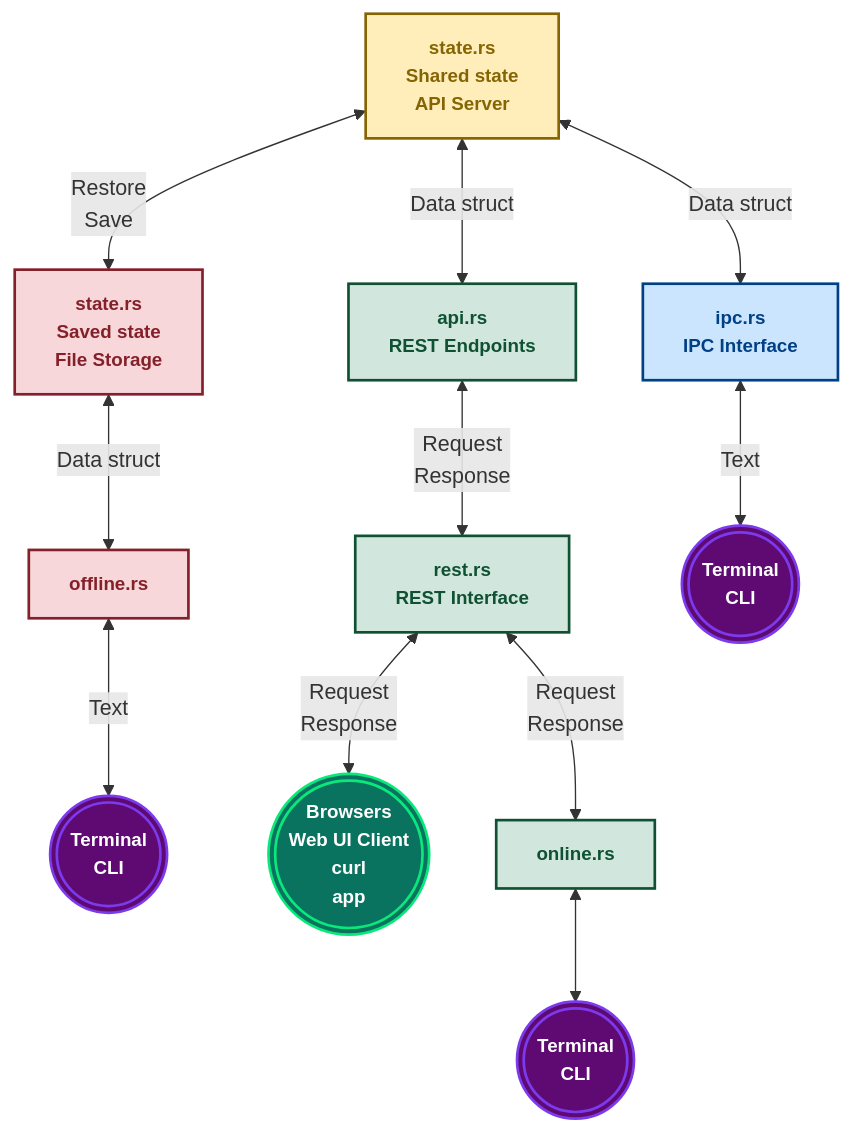
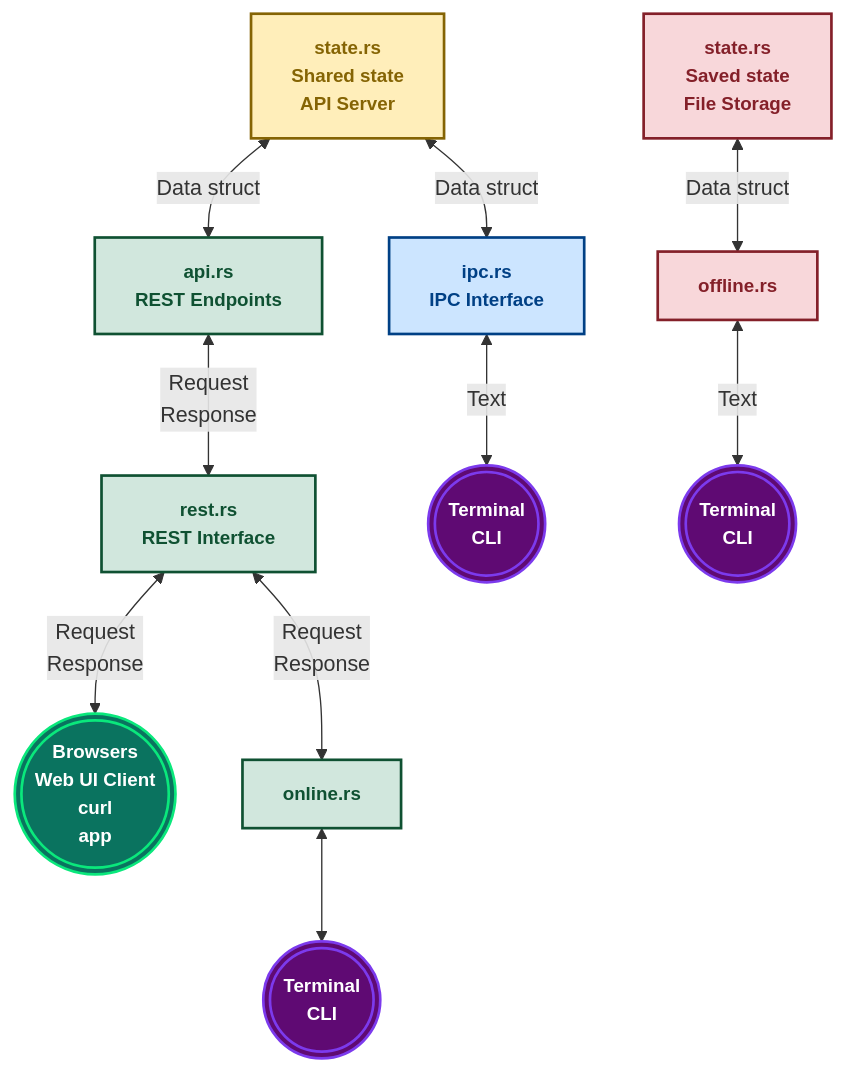
One commit to flengure/xtrade changed the diagram in src/bot/api/README.md. Above: the diagram before and after it, drawn with Mermaid.

Commit message:
test readme9

````diff
--- a/src/bot/api/README.md
+++ b/src/bot/api/README.md
@@ -3,36 +3,36 @@
 ```mermaid
 flowchart TD
 
     S1[state.rs<br>Shared state<br>API Server]:::core
     S2[state.rs<br>Saved state<br>File Storage]:::offline
 
     A1[api.rs<br>REST Endpoints]:::online
     R1[rest.rs<br>REST Interface]:::online
 
     ON[online.rs]:::online
     OF[offline.rs]:::offline
     F1(((Terminal<br>CLI))):::terminal
     F2(((Terminal<br>CLI))):::terminal
     F3(((Terminal<br>CLI))):::terminal
     G(((Browsers<br>Web UI Client<br>curl<br>app))):::browser
     I1[ipc.rs<br>IPC Interface]:::ipc
 
-	S1 <-- Restore<br>Save --> S2
+
     S1 <-- Data struct --> A1
     S1 <-- Data struct --> I1
     S2 <-- Data struct --> OF
     OF <-- Text --> F2
 
     A1 <-- Request<br>Response --> R1
     R1 <-- Request<br>Response --> G
     R1 <-- Request<br>Response --> ON
     I1 <-- Text --> F3
     ON <--> F1
 
     classDef core fill:#ffeeba,stroke:#856404,stroke-width:2px,font-size:14px,color:#856404,font-weight:bold;
     classDef online fill:#d1e7dd,stroke:#0f5132,stroke-width:2px,font-size:14px,color:#0f5132,font-weight:bold;
     classDef offline fill:#f8d7da,stroke:#842029,stroke-width:2px,font-size:14px,color:#842029,font-weight:bold;
     classDef ipc fill:#cce5ff,stroke:#004085,stroke-width:2px,font-size:14px,color:#004085,font-weight:bold;
     classDef browser fill:#0a735f,stroke:#0ae87c,stroke-width:2px,font-size:14px,color:#ffffff,font-weight:bold;
     classDef terminal fill:#5f0a73,stroke:#7c3aed,stroke-width:2px,font-size:14px,color:#ffffff,font-weight:bold;
 ```
````
